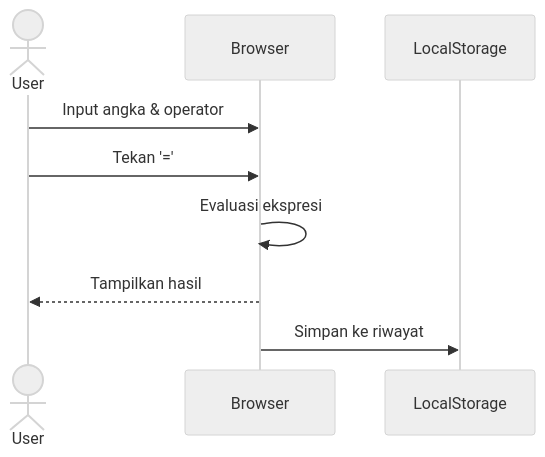
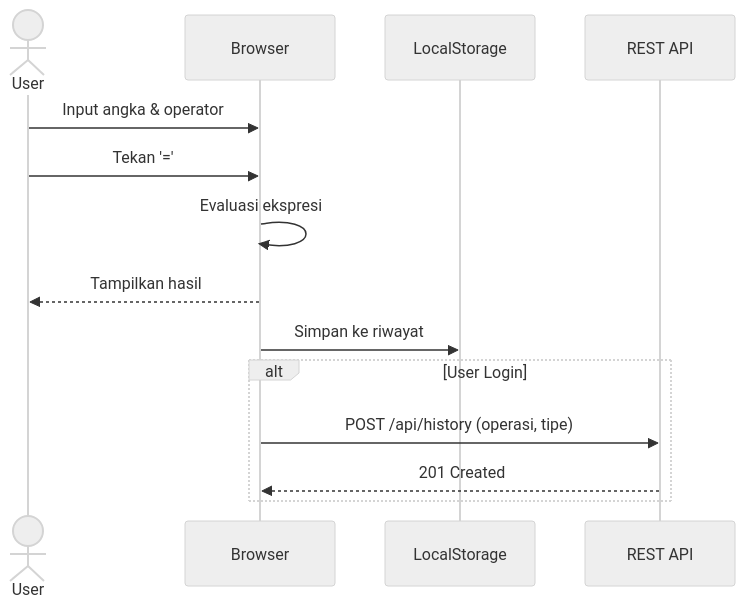
One commit to falcon-ioi/Caclcon changed the fifth of 7 diagrams in e-concalc-web/README.md. Above: the diagram before and after it, drawn with Mermaid (neutral theme). The commit also changed other lines of this file and 2 other files, not shown here.

First line of the commit message:
docs: update all README files with auth, API sync, database schema

````diff
--- a/e-concalc-web/README.md
+++ b/e-concalc-web/README.md
@@ -168,12 +250,17 @@
 ```mermaid
 sequenceDiagram
     actor User
     participant Browser
     participant LocalStorage
+    participant API as REST API
 
     User->>Browser: Input angka & operator
     User->>Browser: Tekan '='
     Browser->>Browser: Evaluasi ekspresi
     Browser-->>User: Tampilkan hasil
     Browser->>LocalStorage: Simpan ke riwayat
+    alt User Login
+        Browser->>API: POST /api/history (operasi, tipe)
+        API-->>Browser: 201 Created
+    end
 ```
````
